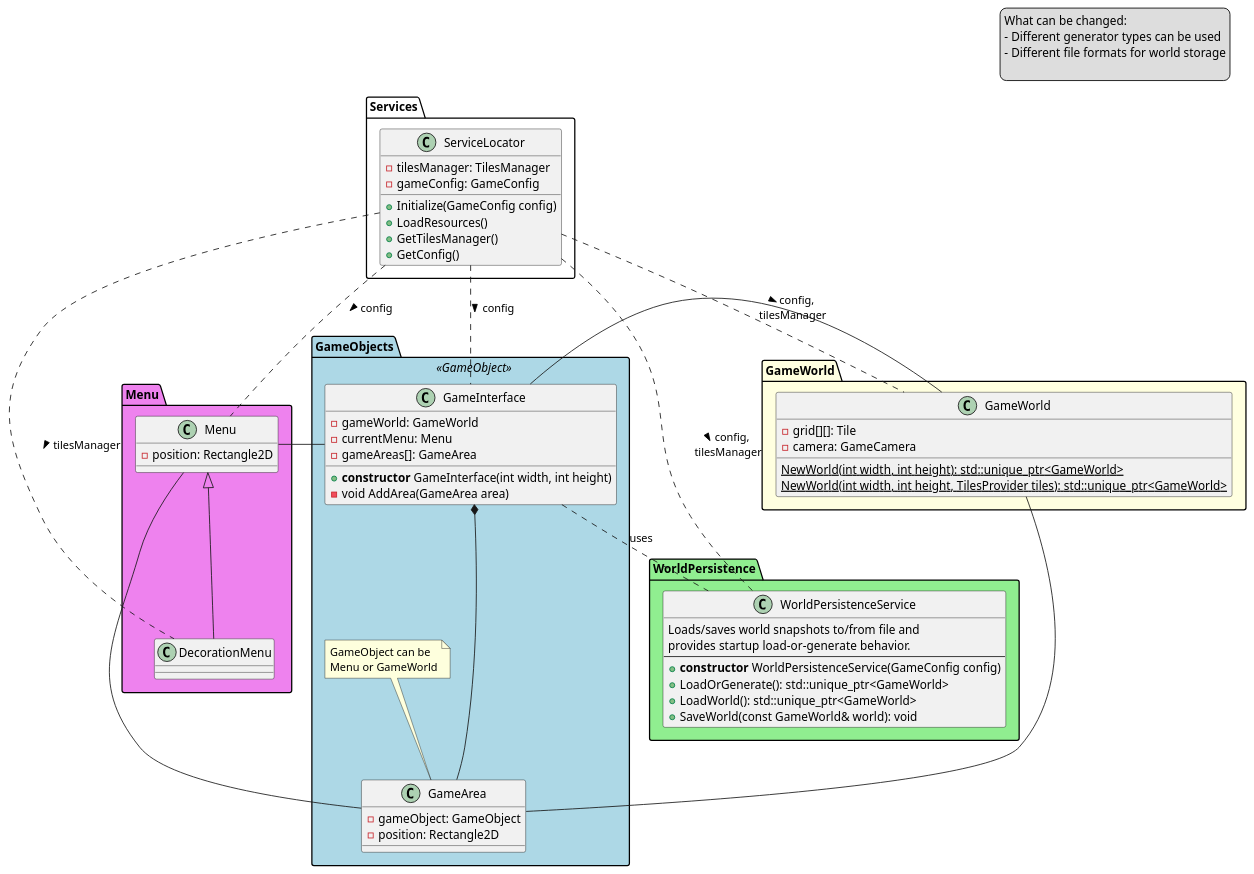
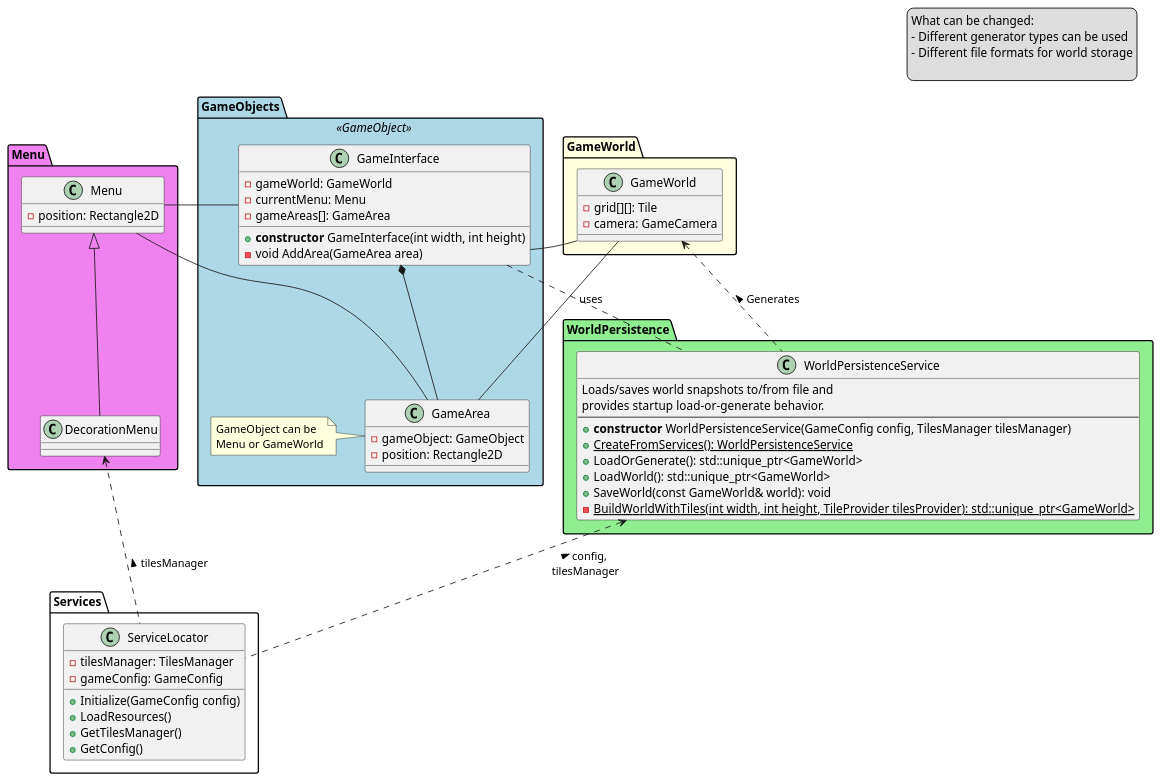
Before and after one commit to neverthedev/tile-game: the first of 4 diagrams in raylib-my/docs/world_persistence_service.md, drawn with PlantUML. The commit also changed other lines of this file and 13 other files, not shown here.

Commit message:
[Task-15] World Persistence Service and Simple World Generator

```diff
--- a/raylib-my/docs/world_persistence_service.md
+++ b/raylib-my/docs/world_persistence_service.md
@@ -49,9 +49,9 @@
     - position: Rectangle2D
   }
 
-  GameInterface *--- GameArea
+  GameInterface *-- GameArea
 
-  note top of GameArea
+  note left of GameArea
     GameObject can be
     Menu or GameWorld
   end note
@@ -59,8 +59,6 @@
 
 package "GameWorld" as GameWorldPackage #LightYellow {
   class GameWorld {
-    {static} NewWorld(int width, int height): std::unique_ptr<GameWorld>
-    {static} NewWorld(int width, int height, TilesProvider tiles): std::unique_ptr<GameWorld>
     - grid[][]: Tile
     - camera: GameCamera
   }
@@ -71,18 +69,19 @@
     Loads/saves world snapshots to/from file and
     provides startup load-or-generate behavior.
     ----
-    + <b>constructor</b> WorldPersistenceService(GameConfig config)
+    + <b>constructor</b> WorldPersistenceService(GameConfig config, TilesManager tilesManager)
+    + {static} CreateFromServices(): WorldPersistenceService
     + LoadOrGenerate(): std::unique_ptr<GameWorld>
     + LoadWorld(): std::unique_ptr<GameWorld>
     + SaveWorld(const GameWorld& world): void
+    - {static} BuildWorldWithTiles(int width, int height, TileProvider tilesProvider): std::unique_ptr<GameWorld>
   }
 }
 
-ServiceLocator .. GameInterface: > config
-ServiceLocator .. Menu: > config
-ServiceLocator .. GameWorld: > config, \n tilesManager
-ServiceLocator .. DecorationMenu: > tilesManager
-ServiceLocator .. WorldPersistenceService: > config, \n tilesManager
+GameWorld <.. WorldPersistenceService: < Generates
+
+DecorationMenu <.. ServiceLocator: < tilesManager
+WorldPersistenceService <.. ServiceLocator: < config, \n tilesManager
 
 Menu - GameInterface
 GameInterface - GameWorld
```
